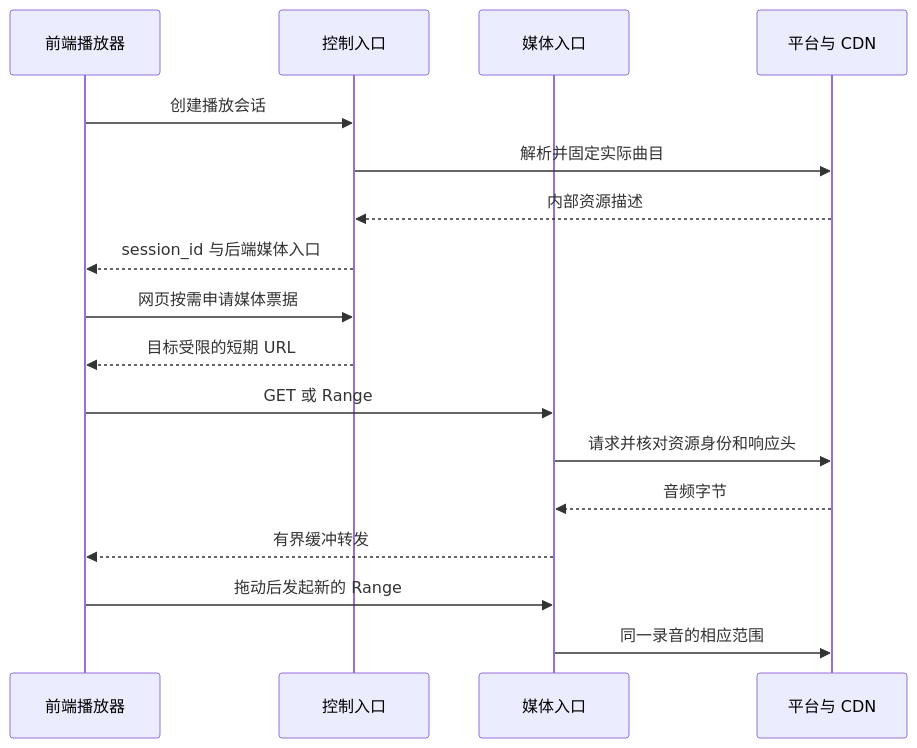
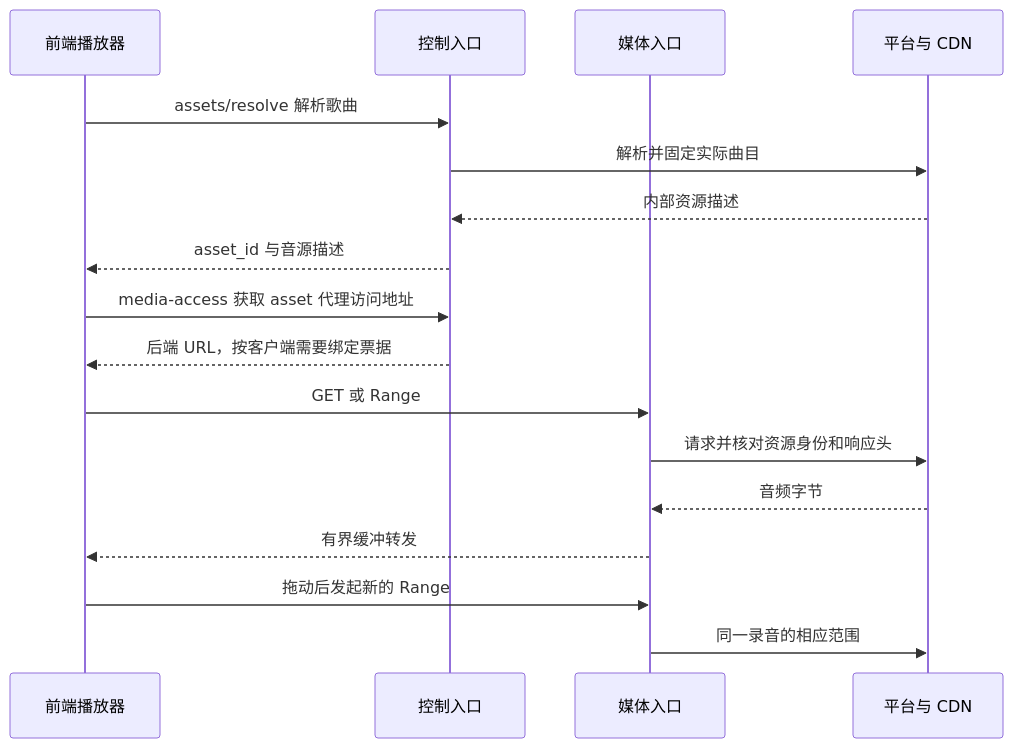
One commit to ddmoyu/music-service changed the third of 3 diagrams in docs/design/cpp20-refactor/backend-service/flows-and-acceptance.md. Above: the diagram before and after it, drawn with Mermaid. The commit also changed other lines of this file and 15 other files, not shown here.

````diff
--- a/docs/design/cpp20-refactor/backend-service/flows-and-acceptance.md
+++ b/docs/design/cpp20-refactor/backend-service/flows-and-acceptance.md
@@ -75,19 +75,19 @@
 ```mermaid
 sequenceDiagram
     participant F as 前端播放器
     participant A as 控制入口
     participant M as 媒体入口
     participant P as 平台与 CDN
-    F->>A: 创建播放会话
+    F->>A: assets/resolve 解析歌曲
     A->>P: 解析并固定实际曲目
     P-->>A: 内部资源描述
-    A-->>F: session_id 与后端媒体入口
-    F->>A: 网页按需申请媒体票据
-    A-->>F: 目标受限的短期 URL
+    A-->>F: asset_id 与音源描述
+    F->>A: media-access 获取 asset 代理访问地址
+    A-->>F: 后端 URL，按客户端需要绑定票据
     F->>M: GET 或 Range
     M->>P: 请求并核对资源身份和响应头
     P-->>M: 音频字节
     M-->>F: 有界缓冲转发
     F->>M: 拖动后发起新的 Range
     M->>P: 同一录音的相应范围
 ```
````
